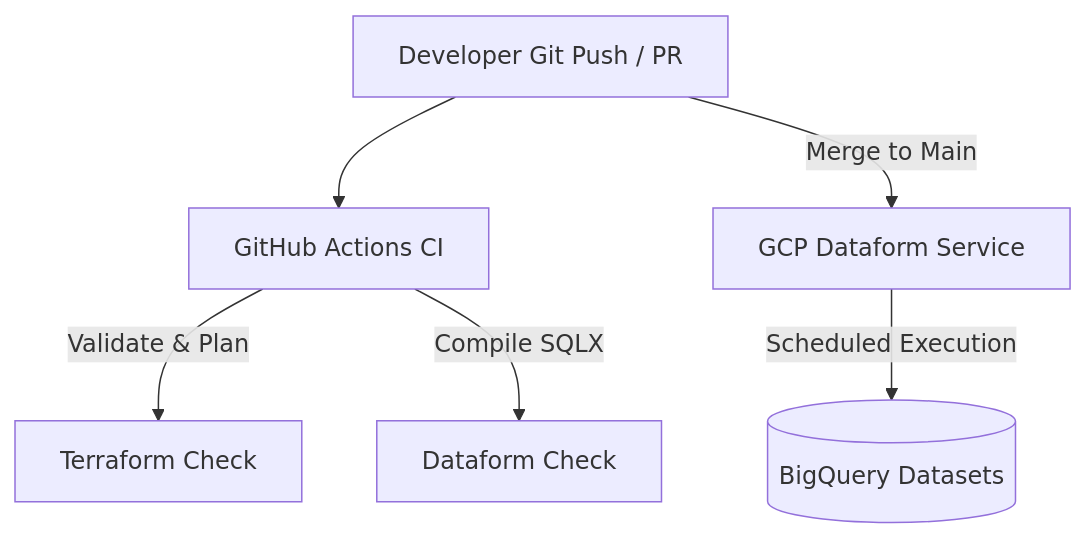
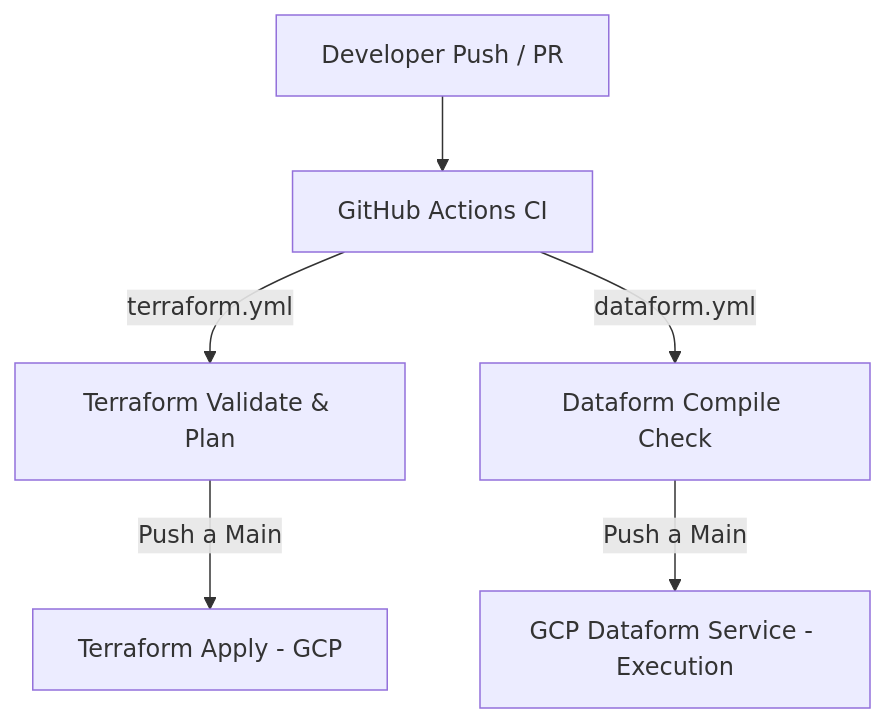
The second of 2 diagrams in README.md (Echeverria29/Terraform_Dataform_GitHub_CI_CD_GCP), drawn with Mermaid before and after one commit. The commit also changed other lines of this file, not shown here.

Commit message:
feat: enhance README.md with detailed architecture and GitOps flow descriptions

````diff
--- a/README.md
+++ b/README.md
@@ -26,9 +30,10 @@
 ```mermaid
 graph TD
-    A[Developer Git Push / PR] --> B[GitHub Actions CI]
-    B -->|Validate & Plan| C[Terraform Check]
-    B -->|Compile SQLX| D[Dataform Check]
+    Dev[Developer Push / PR] --> Actions[GitHub Actions CI]
     
-    A -->|Merge to Main| E[GCP Dataform Service]
-    E -->|Scheduled Execution| F[(BigQuery Datasets)]
+    Actions -->|terraform.yml| TF[Terraform Validate & Plan]
+    Actions -->|dataform.yml| DF[Dataform Compile Check]
+    
+    TF -->|Push a Main| Apply[Terraform Apply - GCP]
+    DF -->|Push a Main| GCPDF[GCP Dataform Service - Execution]
 ```
````
